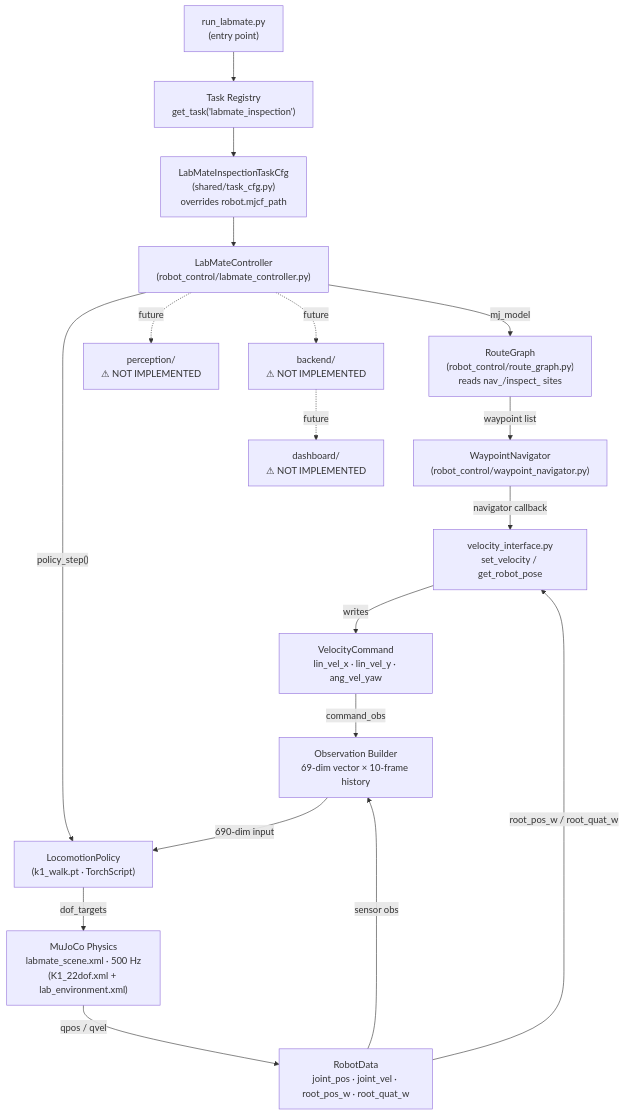
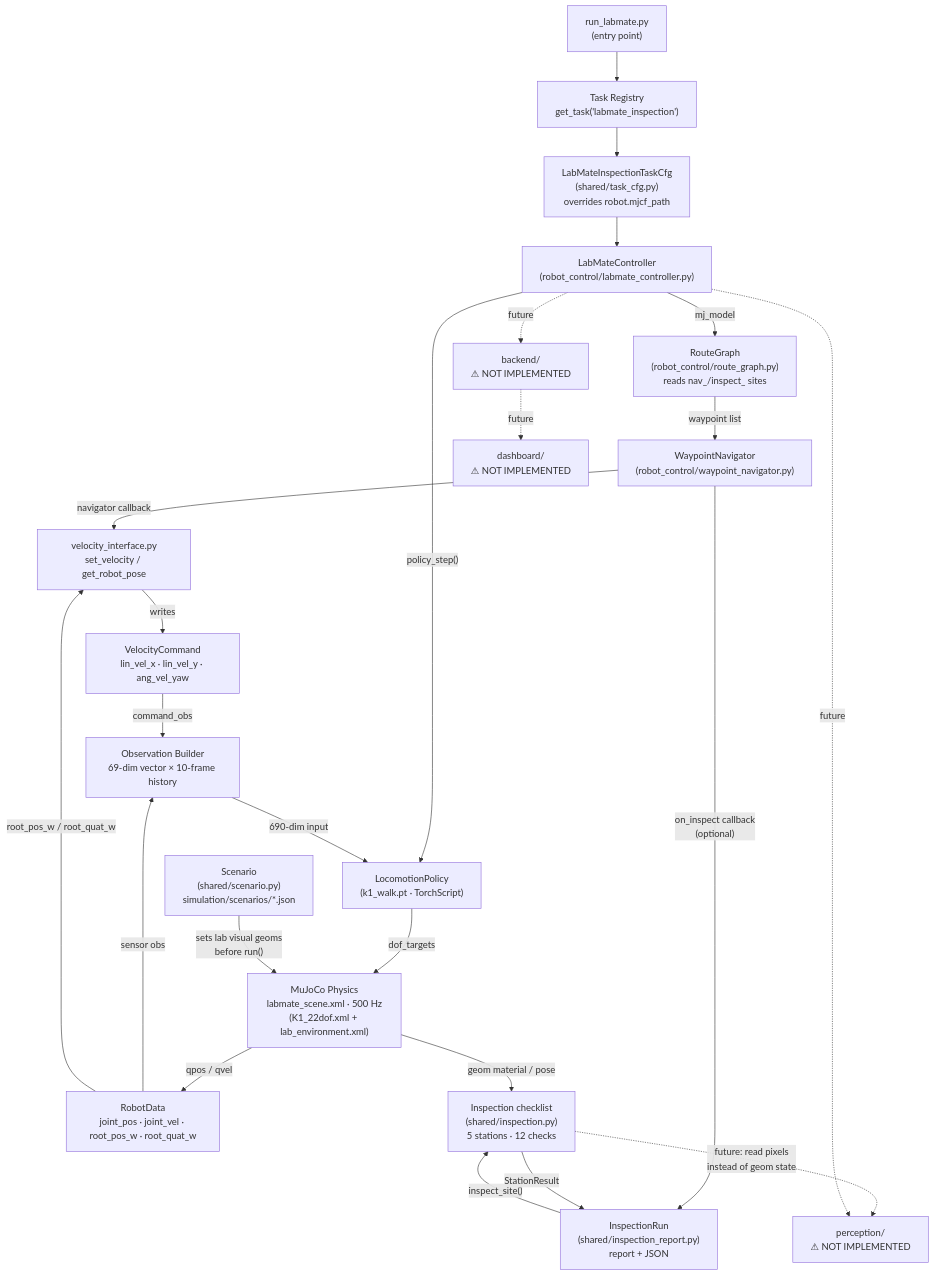
The diagram in README.md (marcravel/labmate), drawn with Mermaid before and after one commit. The commit also changed other lines of this file and 13 other files, not shown here.

````diff
--- a/README.md
+++ b/README.md
@@ -40,36 +40,45 @@
 ```mermaid
 flowchart TD
     EP["run_labmate.py\n(entry point)"]
     REG["Task Registry\nget_task('labmate_inspection')"]
     CFG["LabMateInspectionTaskCfg\n(shared/task_cfg.py)\noverrides robot.mjcf_path"]
     LC["LabMateController\n(robot_control/labmate_controller.py)"]
     RG["RouteGraph\n(robot_control/route_graph.py)\nreads nav_/inspect_ sites"]
     WN["WaypointNavigator\n(robot_control/waypoint_navigator.py)"]
     VI["velocity_interface.py\nset_velocity / get_robot_pose"]
     VC["VelocityCommand\nlin_vel_x · lin_vel_y · ang_vel_yaw"]
     LP["LocomotionPolicy\n(k1_walk.pt · TorchScript)"]
     OBS["Observation Builder\n69-dim vector × 10-frame history"]
     MJ["MuJoCo Physics\nlabmate_scene.xml · 500 Hz\n(K1_22dof.xml + lab_environment.xml)"]
     RD["RobotData\njoint_pos · joint_vel · root_pos_w · root_quat_w"]
+    SCN["Scenario\n(shared/scenario.py)\nsimulation/scenarios/*.json"]
+    INS["Inspection checklist\n(shared/inspection.py)\n5 stations · 12 checks"]
+    REP["InspectionRun\n(shared/inspection_report.py)\nreport + JSON"]
 
     PERC["perception/\n⚠ NOT IMPLEMENTED"]
     BACK["backend/\n⚠ NOT IMPLEMENTED"]
     DASH["dashboard/\n⚠ NOT IMPLEMENTED"]
 
     EP --> REG --> CFG --> LC
     LC -- "mj_model" --> RG
     RG -- "waypoint list" --> WN
     WN -- "navigator callback" --> VI
     VI -- "writes" --> VC
     LC -- "policy_step()" --> LP
     VC -- "command_obs" --> OBS
     RD -- "sensor obs" --> OBS
     OBS -- "690-dim input" --> LP
     LP -- "dof_targets" --> MJ
     MJ -- "qpos / qvel" --> RD
     RD -- "root_pos_w / root_quat_w" --> VI
+    SCN -- "sets lab visual geoms\nbefore run()" --> MJ
+    WN -- "on_inspect callback\n(optional)" --> REP
+    REP -- "inspect_site()" --> INS
+    MJ -- "geom material / pose" --> INS
+    INS -- "StationResult" --> REP
 
+    INS -.->|"future: read pixels\ninstead of geom state"| PERC
     LC -.->|"future"| PERC
     LC -.->|"future"| BACK
     BACK -.->|"future"| DASH
 ```
````
